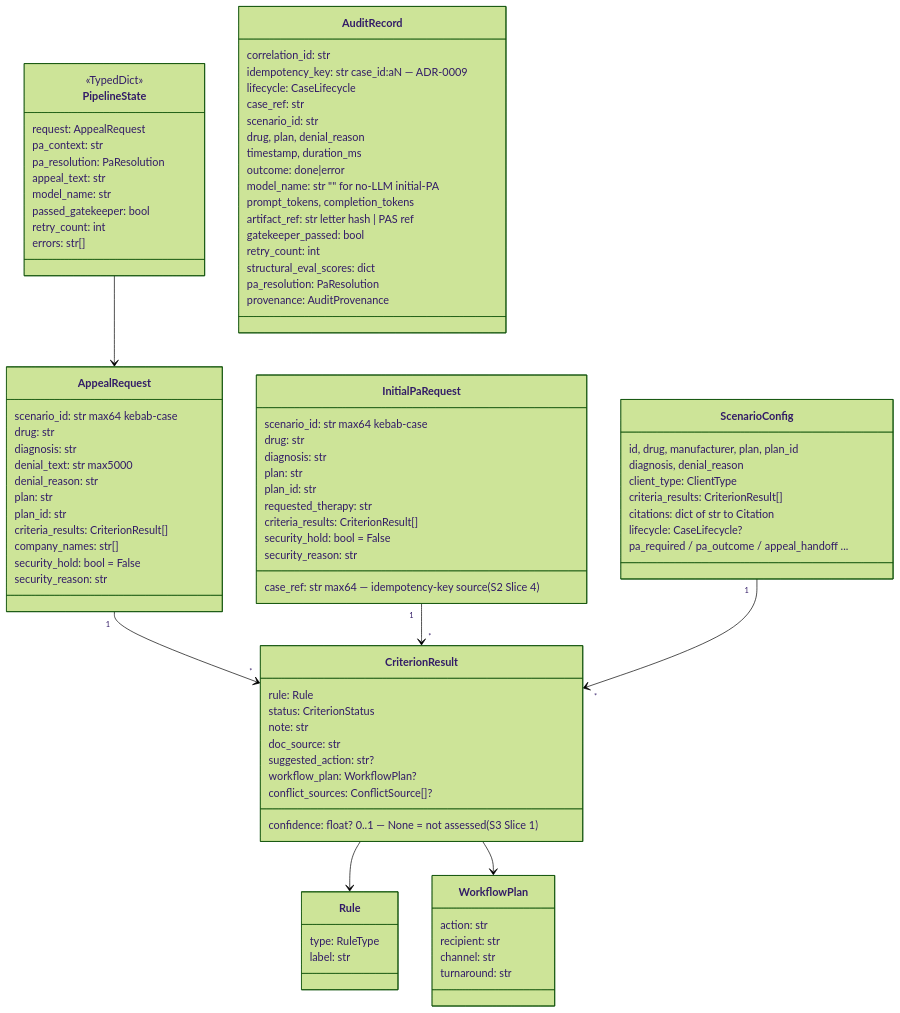
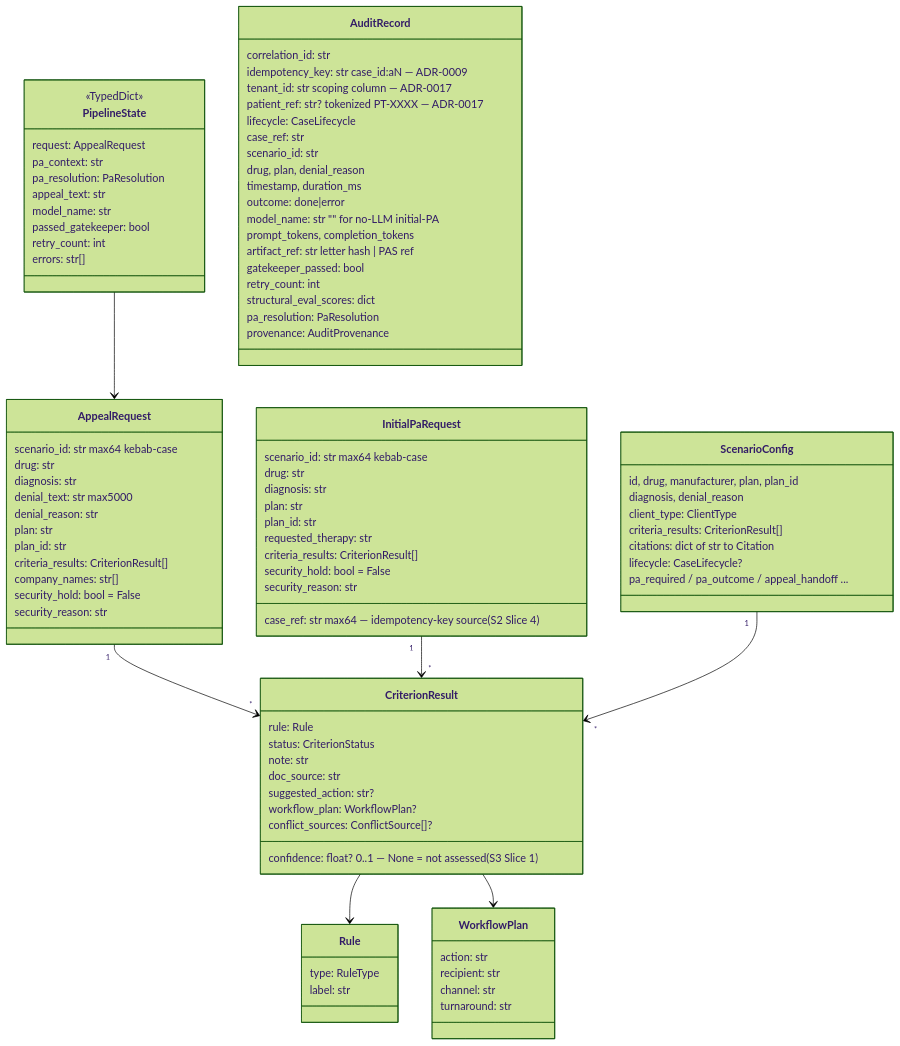
The first of 3 diagrams in docs/architecture/03-domain-model.md (mcruz90/paxos-demo), drawn with Mermaid (forest theme) before and after one commit. The commit also changed other lines of this file and 4 other files, not shown here.

First line of the commit message:
docs(architecture): P7a tenancy seam — 03/06/07/12 + roadmap LIVE

```diff
--- a/docs/architecture/03-domain-model.md
+++ b/docs/architecture/03-domain-model.md
@@ -61,6 +61,8 @@
     class AuditRecord {
         correlation_id: str
         idempotency_key: str  case_id:aN — ADR-0009
+        tenant_id: str  scoping column — ADR-0017
+        patient_ref: str?  tokenized PT-XXXX — ADR-0017
         lifecycle: CaseLifecycle
         case_ref: str
         scenario_id: str
```
